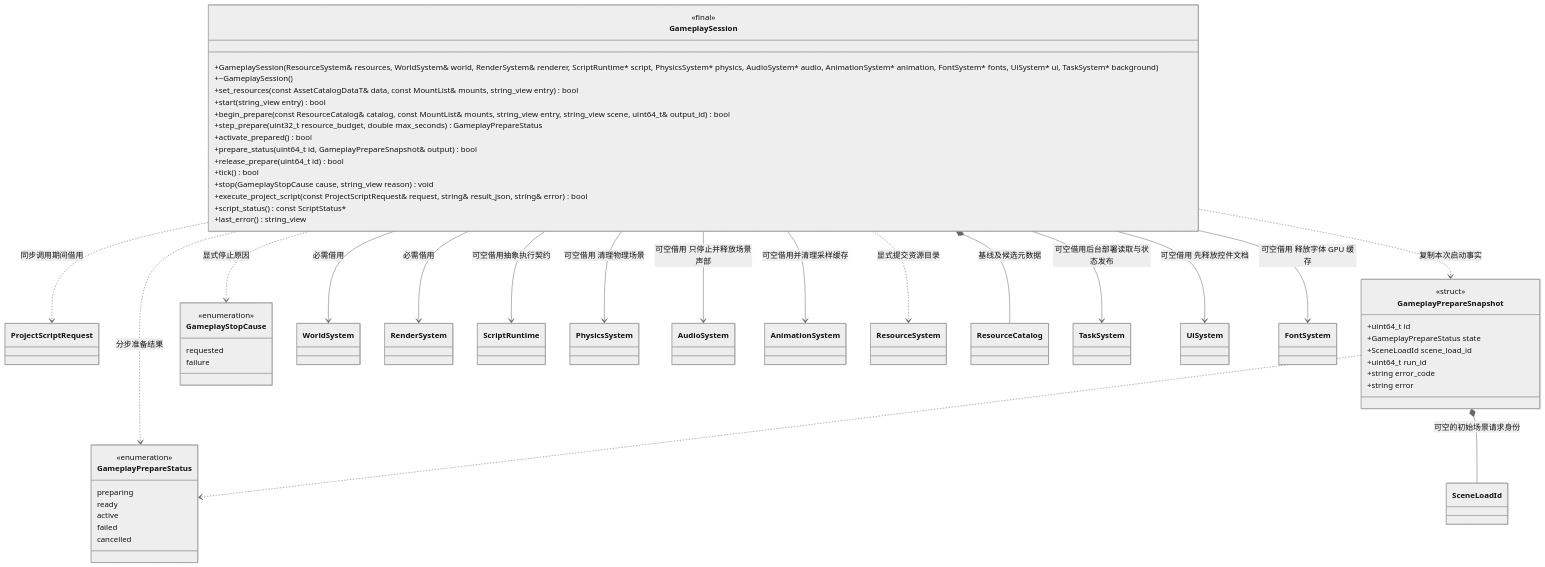
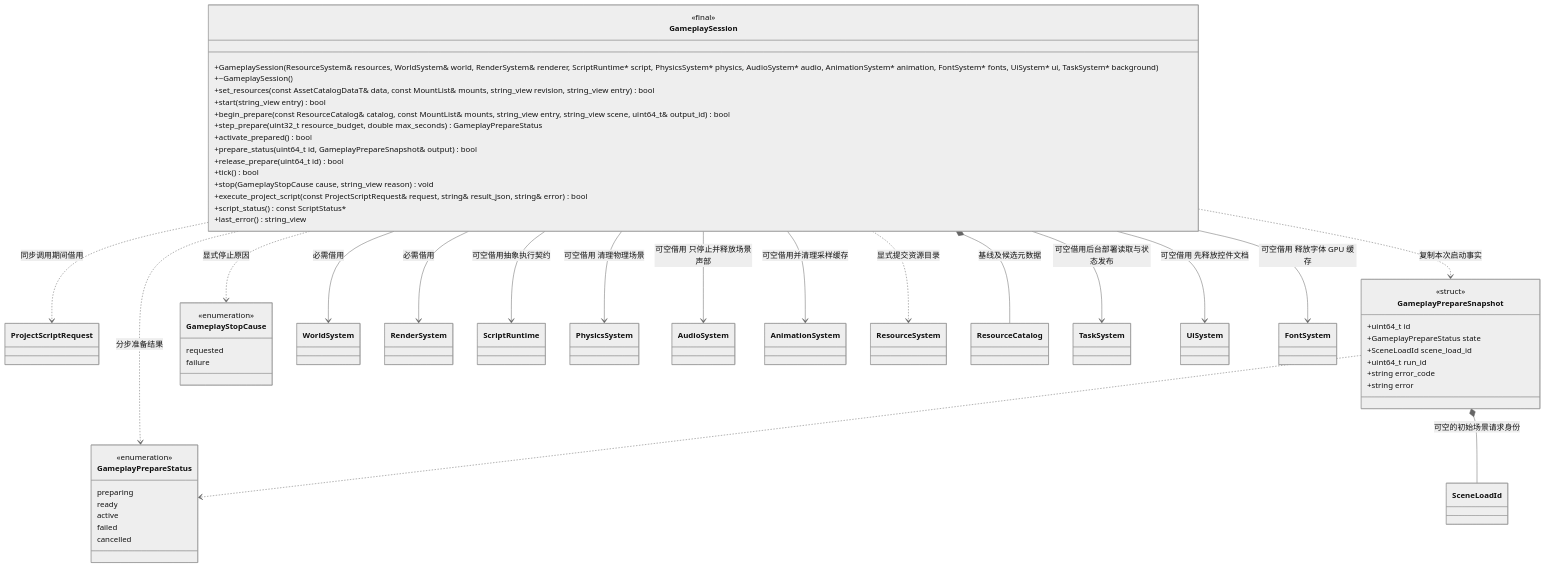
Before and after one commit to lcals/Engine: the first of 2 diagrams in docs/runtime/class-diagrams/gameplay-session.md, drawn with Mermaid (neutral theme). The commit also changed other lines of this file and 79 other files, not shown here.

````diff
--- a/docs/runtime/class-diagrams/gameplay-session.md
+++ b/docs/runtime/class-diagrams/gameplay-session.md
@@ -14,70 +14,70 @@
 ```mermaid
 classDiagram
     class ProjectScriptRequest
     GameplaySession ..> ProjectScriptRequest : 同步调用期间借用
     class GameplaySession {
         <<final>>
         +GameplaySession(ResourceSystem& resources, WorldSystem& world, RenderSystem& renderer, ScriptRuntime#42; script, PhysicsSystem#42; physics, AudioSystem#42; audio, AnimationSystem#42; animation, FontSystem#42; fonts, UiSystem#42; ui, TaskSystem#42; background)
         +~GameplaySession()
-        +set_resources(const AssetCatalogDataT& data, const MountList& mounts, string_view entry) bool
+        +set_resources(const AssetCatalogDataT& data, const MountList& mounts, string_view revision, string_view entry) bool
         +start(string_view entry) bool
         +begin_prepare(const ResourceCatalog& catalog, const MountList& mounts, string_view entry, string_view scene, uint64_t& output_id) bool
         +step_prepare(uint32_t resource_budget, double max_seconds) GameplayPrepareStatus
         +activate_prepared() bool
         +prepare_status(uint64_t id, GameplayPrepareSnapshot& output) bool
         +release_prepare(uint64_t id) bool
         +tick() bool
         +stop(GameplayStopCause cause, string_view reason) void
         +execute_project_script(const ProjectScriptRequest& request, string& result_json, string& error) bool
         +script_status() const ScriptStatus#42;
         +last_error() string_view
     }
     class GameplayPrepareStatus {
         <<enumeration>>
         preparing
         ready
         active
         failed
         cancelled
     }
     class GameplayPrepareSnapshot {
         <<struct>>
         +uint64_t id
         +GameplayPrepareStatus state
         +SceneLoadId scene_load_id
         +uint64_t run_id
         +string error_code
         +string error
     }
     class SceneLoadId
     class GameplayStopCause {
         <<enumeration>>
         requested
         failure
     }
     GameplaySession ..> GameplayStopCause : 显式停止原因
     GameplaySession ..> GameplayPrepareSnapshot : 复制本次启动事实
     GameplayPrepareSnapshot ..> GameplayPrepareStatus
     GameplayPrepareSnapshot *-- SceneLoadId : 可空的初始场景请求身份
     GameplaySession ..> GameplayPrepareStatus : 分步准备结果
     class WorldSystem
     class RenderSystem
     class ScriptRuntime
     class PhysicsSystem
     class AudioSystem
     class AnimationSystem
     class ResourceSystem
     class ResourceCatalog
     class TaskSystem
     GameplaySession --> TaskSystem : 可空借用后台部署读取与状态发布
     GameplaySession --> WorldSystem : 必需借用
     GameplaySession --> RenderSystem : 必需借用
     GameplaySession --> ScriptRuntime : 可空借用抽象执行契约
     GameplaySession --> PhysicsSystem : 可空借用 清理物理场景
     GameplaySession --> AnimationSystem : 可空借用并清理采样缓存
     GameplaySession --> AudioSystem : 可空借用 只停止并释放场景声部
     GameplaySession --> UiSystem : 可空借用 先释放控件文档
     GameplaySession --> FontSystem : 可空借用 释放字体 GPU 缓存
     GameplaySession ..> ResourceSystem : 显式提交资源目录
     GameplaySession *-- ResourceCatalog : 基线及候选元数据
 ```
````
